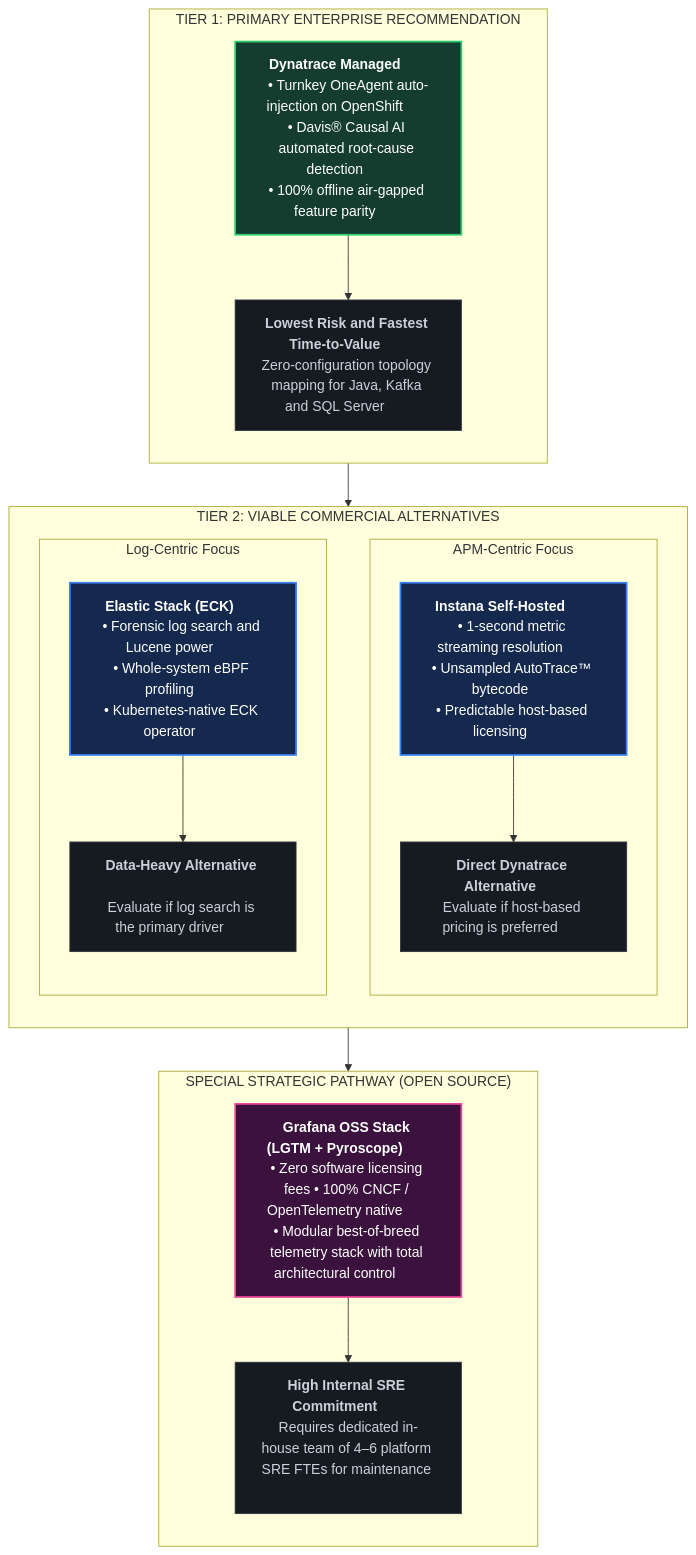
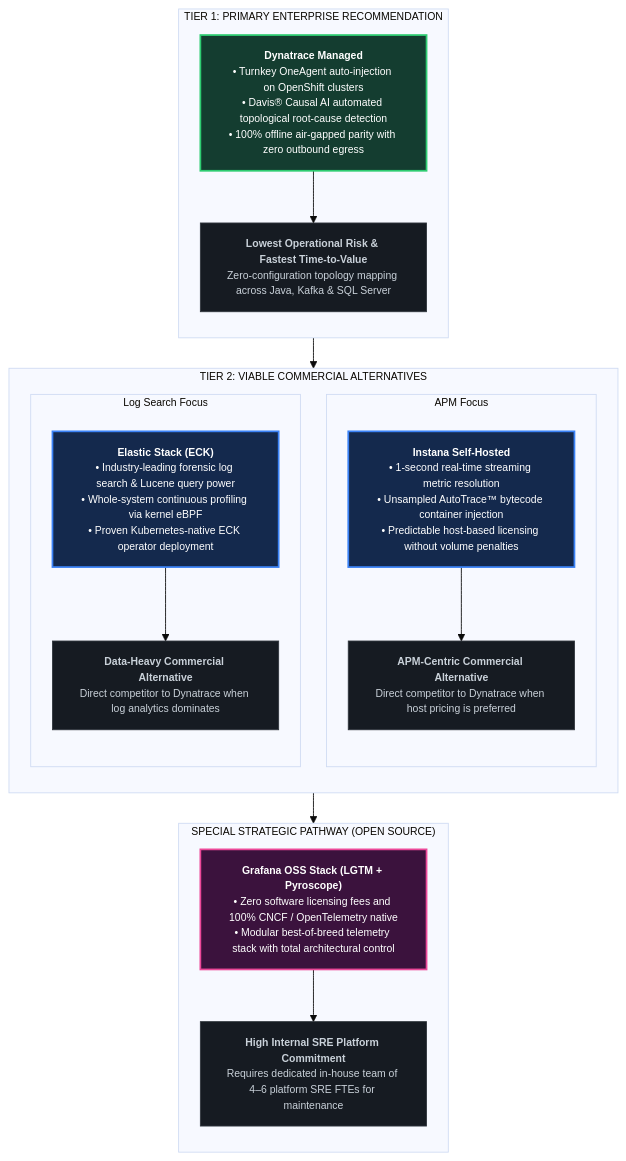
The sixth of 7 diagrams in README.md (nubenetes/observability-platforms-comparison), drawn with Mermaid before and after one commit.

Commit message:
fix(docs): configure fontSize 12px and expanded natural line widths to ensure large boxes and complete text fitting

````diff
--- a/README.md
+++ b/README.md
@@ -247,40 +247,50 @@
 ```mermaid
+%%{init: {
+  'theme': 'base',
+  'themeVariables': {
+    'fontSize': '12px'
+  },
+  'flowchart': {
+    'nodeSpacing': 30,
+    'rankSpacing': 35
+  }
+}}%%
 flowchart TD
     classDef t1 fill:#143d30,stroke:#2ecc71,stroke-width:2px,color:#fff;
     classDef t2 fill:#14294d,stroke:#3b82f6,stroke-width:2px,color:#fff;
     classDef toss fill:#3b123d,stroke:#ec4899,stroke-width:2px,color:#fff;
     classDef out fill:#161b22,stroke:#30363d,stroke-width:1px,color:#c9d1d9;
 
-    subgraph T1_Box [" &nbsp;&nbsp;&nbsp;&nbsp;&nbsp; TIER 1: PRIMARY ENTERPRISE RECOMMENDATION &nbsp;&nbsp;&nbsp;&nbsp;&nbsp; "]
+    subgraph T1_Box [" TIER 1: PRIMARY ENTERPRISE RECOMMENDATION "]
         direction TB
-        T1["<b>Dynatrace Managed</b> &nbsp;&nbsp;&nbsp;&nbsp;&nbsp;&nbsp;<br/>• Turnkey OneAgent auto-injection on OpenShift &nbsp;&nbsp;&nbsp;&nbsp;&nbsp;&nbsp;<br/>• Davis® Causal AI automated root-cause detection &nbsp;&nbsp;&nbsp;&nbsp;&nbsp;&nbsp;<br/>• 100% offline air-gapped feature parity &nbsp;&nbsp;&nbsp;&nbsp;&nbsp;&nbsp;"]:::t1
-        O1["<b>Lowest Risk and Fastest Time-to-Value</b> &nbsp;&nbsp;&nbsp;&nbsp;&nbsp;&nbsp;<br/>Zero-configuration topology mapping for Java, Kafka and SQL Server &nbsp;&nbsp;&nbsp;&nbsp;&nbsp;&nbsp;"]:::out
+        T1["<b>Dynatrace Managed</b><br/>• Turnkey OneAgent auto-injection on OpenShift clusters<br/>• Davis® Causal AI automated topological root-cause detection<br/>• 100% offline air-gapped parity with zero outbound egress"]:::t1
+        O1["<b>Lowest Operational Risk & Fastest Time-to-Value</b><br/>Zero-configuration topology mapping across Java, Kafka & SQL Server"]:::out
         T1 --> O1
     end
 
-    subgraph T2_Box [" &nbsp;&nbsp;&nbsp;&nbsp;&nbsp; TIER 2: VIABLE COMMERCIAL ALTERNATIVES &nbsp;&nbsp;&nbsp;&nbsp;&nbsp; "]
+    subgraph T2_Box [" TIER 2: VIABLE COMMERCIAL ALTERNATIVES "]
         direction TB
-        subgraph T2A_Box [" &nbsp;&nbsp;&nbsp; APM-Centric Focus &nbsp;&nbsp;&nbsp; "]
+        subgraph T2A_Box [" APM Focus "]
             direction TB
-            T2A["<b>Instana Self-Hosted</b> &nbsp;&nbsp;&nbsp;&nbsp;&nbsp;&nbsp;<br/>• 1-second metric streaming resolution &nbsp;&nbsp;&nbsp;&nbsp;&nbsp;&nbsp;<br/>• Unsampled AutoTrace™ bytecode &nbsp;&nbsp;&nbsp;&nbsp;&nbsp;&nbsp;<br/>• Predictable host-based licensing &nbsp;&nbsp;&nbsp;&nbsp;&nbsp;&nbsp;"]:::t2
-            O2A["<b>Direct Dynatrace Alternative</b> &nbsp;&nbsp;&nbsp;&nbsp;&nbsp;&nbsp;<br/>Evaluate if host-based pricing is preferred &nbsp;&nbsp;&nbsp;&nbsp;&nbsp;&nbsp;"]:::out
+            T2A["<b>Instana Self-Hosted</b><br/>• 1-second real-time streaming metric resolution<br/>• Unsampled AutoTrace™ bytecode container injection<br/>• Predictable host-based licensing without volume penalties"]:::t2
+            O2A["<b>APM-Centric Commercial Alternative</b><br/>Direct competitor to Dynatrace when host pricing is preferred"]:::out
             T2A --> O2A
         end
-        subgraph T2B_Box [" &nbsp;&nbsp;&nbsp; Log-Centric Focus &nbsp;&nbsp;&nbsp; "]
+        subgraph T2B_Box [" Log Search Focus "]
             direction TB
-            T2B["<b>Elastic Stack (ECK)</b> &nbsp;&nbsp;&nbsp;&nbsp;&nbsp;&nbsp;<br/>• Forensic log search and Lucene power &nbsp;&nbsp;&nbsp;&nbsp;&nbsp;&nbsp;<br/>• Whole-system eBPF profiling &nbsp;&nbsp;&nbsp;&nbsp;&nbsp;&nbsp;<br/>• Kubernetes-native ECK operator &nbsp;&nbsp;&nbsp;&nbsp;&nbsp;&nbsp;"]:::t2
-            O2B["<b>Data-Heavy Alternative</b> &nbsp;&nbsp;&nbsp;&nbsp;&nbsp;&nbsp;<br/>Evaluate if log search is the primary driver &nbsp;&nbsp;&nbsp;&nbsp;&nbsp;&nbsp;"]:::out
+            T2B["<b>Elastic Stack (ECK)</b><br/>• Industry-leading forensic log search & Lucene query power<br/>• Whole-system continuous profiling via kernel eBPF<br/>• Proven Kubernetes-native ECK operator deployment"]:::t2
+            O2B["<b>Data-Heavy Commercial Alternative</b><br/>Direct competitor to Dynatrace when log analytics dominates"]:::out
             T2B --> O2B
         end
     end
 
-    subgraph TOSS_Box [" &nbsp;&nbsp;&nbsp;&nbsp;&nbsp; SPECIAL STRATEGIC PATHWAY (OPEN SOURCE) &nbsp;&nbsp;&nbsp;&nbsp;&nbsp; "]
+    subgraph TOSS_Box [" SPECIAL STRATEGIC PATHWAY (OPEN SOURCE) "]
         direction TB
-        TOSS["<b>Grafana OSS Stack (LGTM + Pyroscope)</b> &nbsp;&nbsp;&nbsp;&nbsp;&nbsp;&nbsp;<br/>• Zero software licensing fees • 100% CNCF / OpenTelemetry native &nbsp;&nbsp;&nbsp;&nbsp;&nbsp;&nbsp;<br/>• Modular best-of-breed telemetry stack with total architectural control &nbsp;&nbsp;&nbsp;&nbsp;&nbsp;&nbsp;"]:::toss
-        O3["<b>High Internal SRE Commitment</b> &nbsp;&nbsp;&nbsp;&nbsp;&nbsp;&nbsp;<br/>Requires dedicated in-house team of 4–6 platform SRE FTEs for maintenance &nbsp;&nbsp;&nbsp;&nbsp;&nbsp;&nbsp;"]:::out
+        TOSS["<b>Grafana OSS Stack (LGTM + Pyroscope)</b><br/>• Zero software licensing fees and 100% CNCF / OpenTelemetry native<br/>• Modular best-of-breed telemetry stack with total architectural control"]:::toss
+        O3["<b>High Internal SRE Platform Commitment</b><br/>Requires dedicated in-house team of 4–6 platform SRE FTEs for maintenance"]:::out
         TOSS --> O3
     end
 
     T1_Box --> T2_Box
     T2_Box --> TOSS_Box
 ```
````
